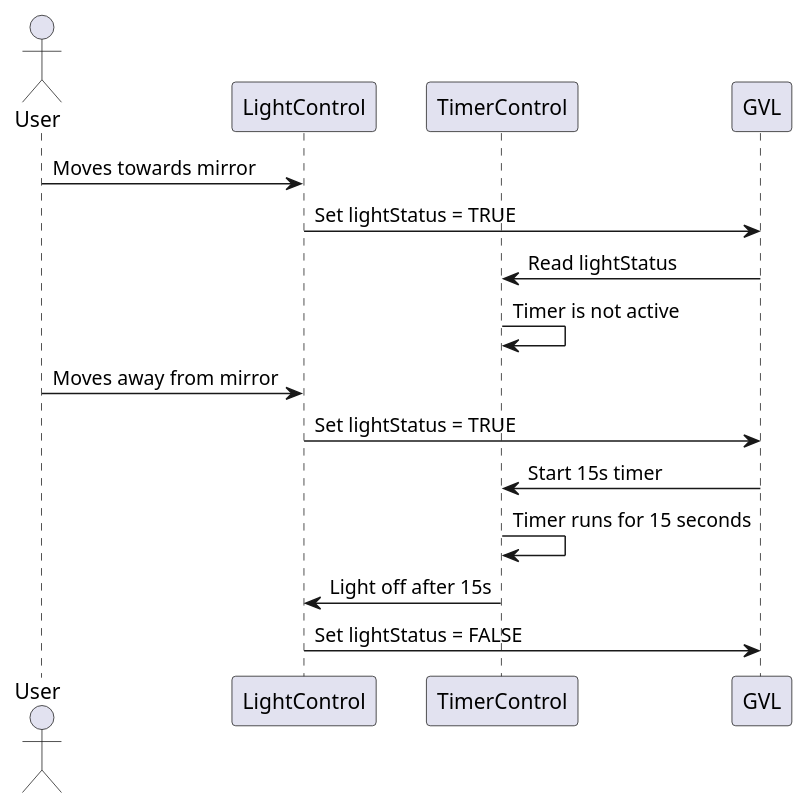
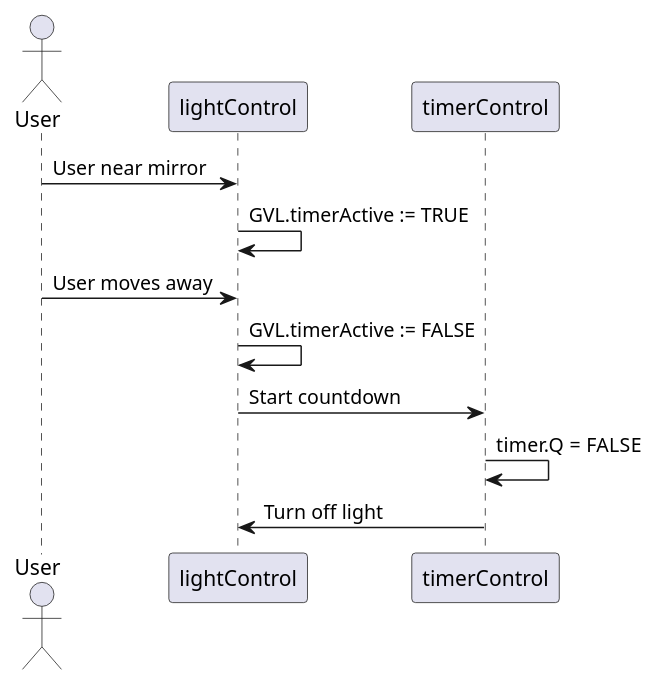
One commit to xinhailing/Individual_Sequence_Diagram_Yaya changed the diagram in src/chapter_3.md. Above: the diagram before and after it, drawn with PlantUML. The commit also changed 3 other files, not shown here.

Commit message:
Update all diagrams base on the newest code

````diff
--- a/src/chapter_3.md
+++ b/src/chapter_3.md
@@ -2,23 +2,18 @@
 ```plantuml
 @startuml
 actor User
-participant LightControl
-participant TimerControl
-participant GVL
+participant lightControl
+participant timerControl
 
-User -> LightControl: Moves towards mirror
-LightControl -> GVL: Set lightStatus = TRUE
-GVL -> TimerControl: Read lightStatus
-TimerControl -> TimerControl: Timer is not active
+User -> lightControl : User near mirror
+lightControl -> lightControl : GVL.timerActive := TRUE
+User -> lightControl : User moves away
+lightControl -> lightControl : GVL.timerActive := FALSE
+lightControl -> timerControl : Start countdown
+timerControl -> timerControl : timer.Q = FALSE
+timerControl -> lightControl : Turn off light
 
-User -> LightControl: Moves away from mirror
-LightControl -> GVL: Set lightStatus = TRUE
-GVL -> TimerControl: Start 15s timer
-TimerControl -> TimerControl: Timer runs for 15 seconds
-
-TimerControl -> LightControl: Light off after 15s
-LightControl -> GVL: Set lightStatus = FALSE
 @enduml
 
 
 ```
````
